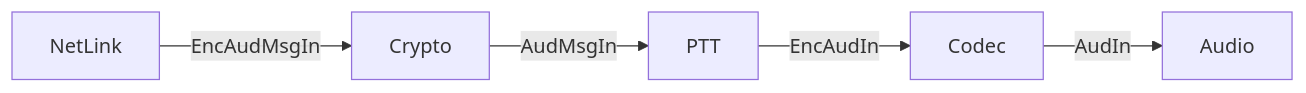
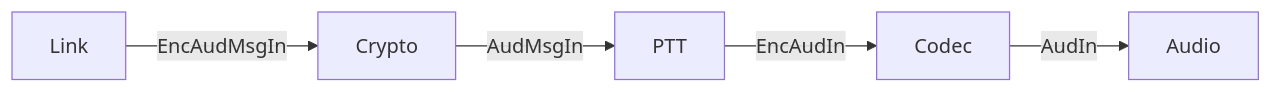
The fifth of 6 diagrams in Architecture.md (fluffy/bare-rust), drawn with Mermaid before and after one commit. The commit also changed other lines of this file and 6 other files, not shown here.

Commit message:
Rename NetLink to Link

````diff
--- a/Architecture.md
+++ b/Architecture.md
@@ -109,7 +109,7 @@
 ```mermaid
 flowchart LR
-    A[NetLink] -->|EncAudMsgIn| B[Crypto]
+    A[Link] -->|EncAudMsgIn| B[Crypto]
     B -->|AudMsgIn| C[PTT]
     C -->|EncAudIn| J[Codec]
     J -->|AudIn| K[Audio]
 ```
````
